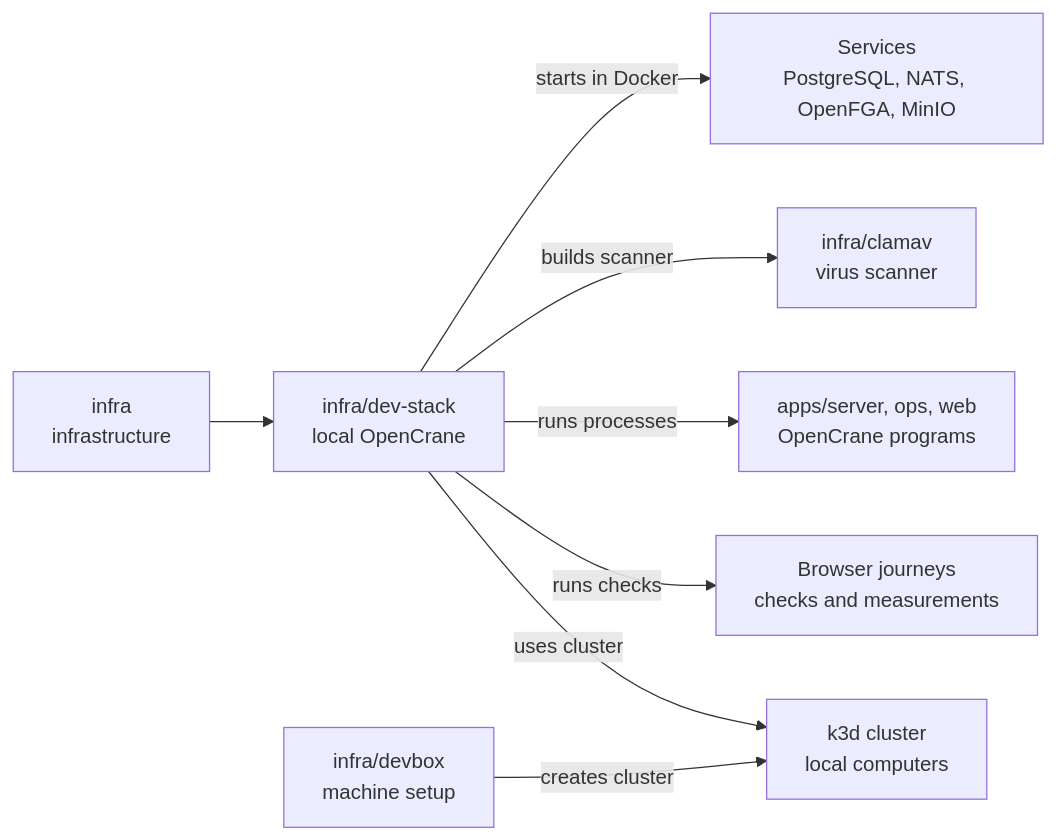
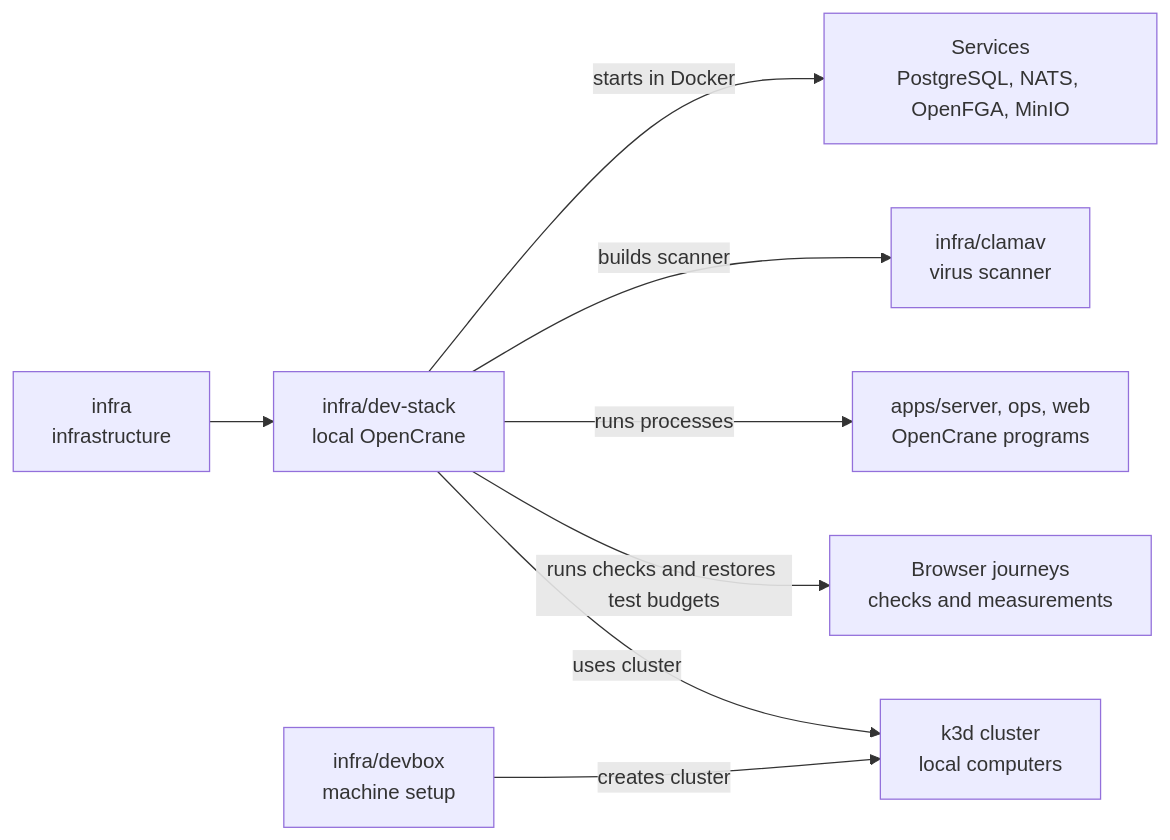
Before and after one commit to elewa-git/opencrane-new: the diagram in infra/dev-stack/README.md, drawn with Mermaid. The commit also changed other lines of this file and 12 other files, not shown here.

````diff
--- a/infra/dev-stack/README.md
+++ b/infra/dev-stack/README.md
@@ -15,10 +15,10 @@
 ```mermaid
 flowchart LR
   infra["infra<br/>infrastructure"] --> stack["infra/dev-stack<br/>local OpenCrane"]
   stack -->|starts in Docker| services["Services<br/>PostgreSQL, NATS, OpenFGA, MinIO"]
   stack -->|builds scanner| clamav["infra/clamav<br/>virus scanner"]
   stack -->|runs processes| apps["apps/server, ops, web<br/>OpenCrane programs"]
-  stack -->|runs checks| journeys["Browser journeys<br/>checks and measurements"]
+  stack -->|runs checks and restores test budgets| journeys["Browser journeys<br/>checks and measurements"]
   devbox["infra/devbox<br/>machine setup"] -->|creates cluster| cluster["k3d cluster<br/>local computers"]
   stack -->|uses cluster| cluster
 ```
````
